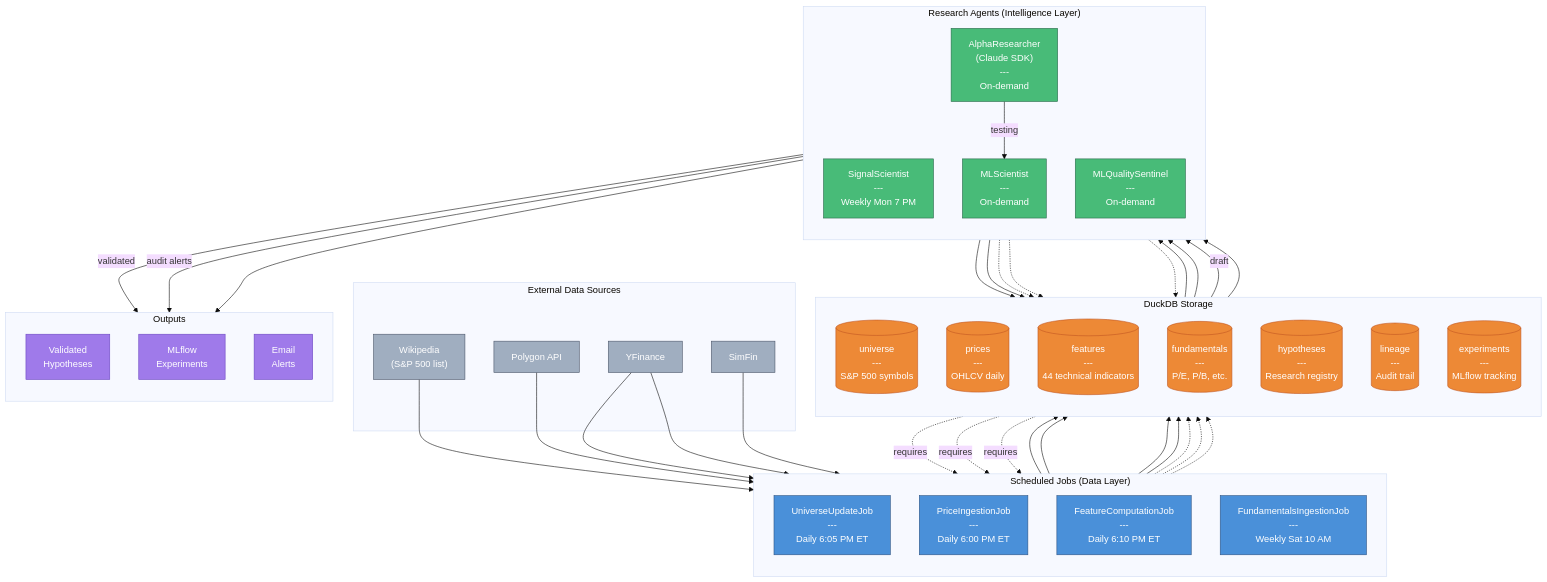
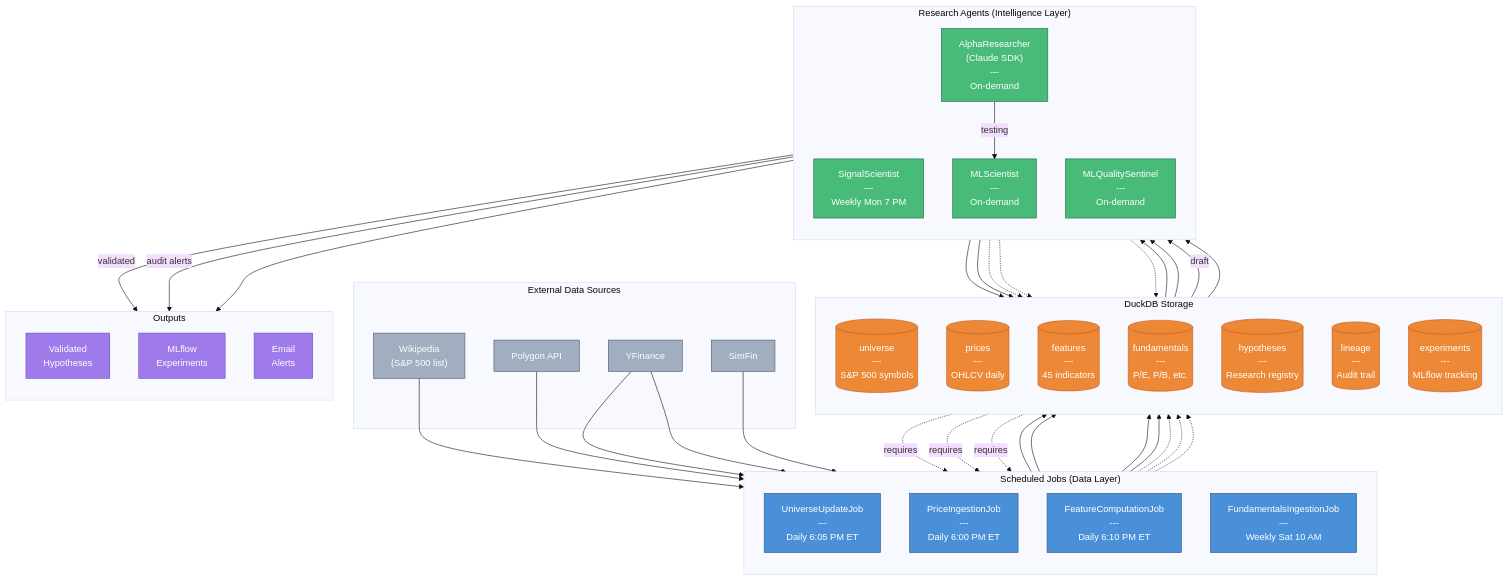
The first of 4 diagrams in docs/architecture/data-pipeline-diagram.md (fmag79/HRP), drawn with Mermaid (base theme) before and after one commit. The commit also changed other lines of this file and 9 other files, not shown here.

```diff
--- a/docs/architecture/data-pipeline-diagram.md
+++ b/docs/architecture/data-pipeline-diagram.md
@@ -31,7 +31,7 @@
         direction TB
         UT[("universe<br/>---<br/>S&P 500 symbols")]
         PT[("prices<br/>---<br/>OHLCV daily")]
-        FT[("features<br/>---<br/>44 technical indicators")]
+        FT[("features<br/>---<br/>45 indicators")]
         FUT[("fundamentals<br/>---<br/>P/E, P/B, etc.")]
         HT[("hypotheses<br/>---<br/>Research registry")]
         LT[("lineage<br/>---<br/>Audit trail")]
```
